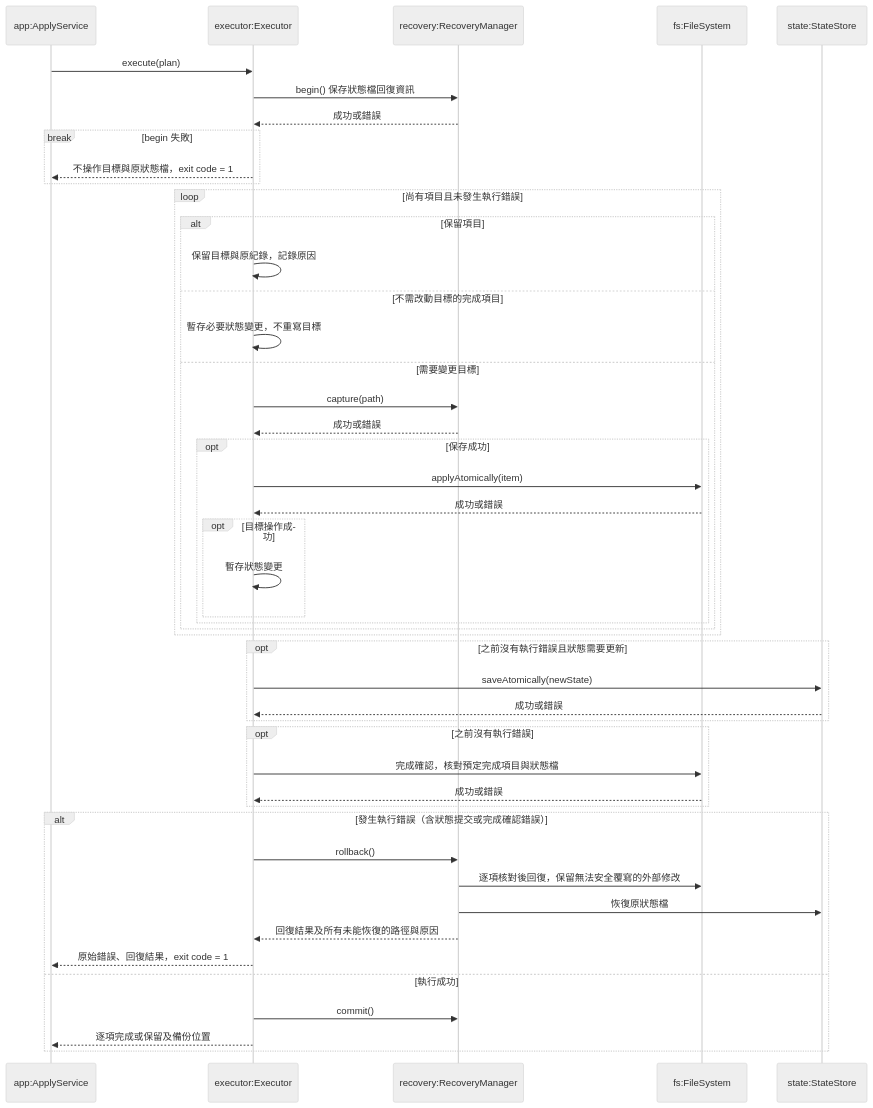
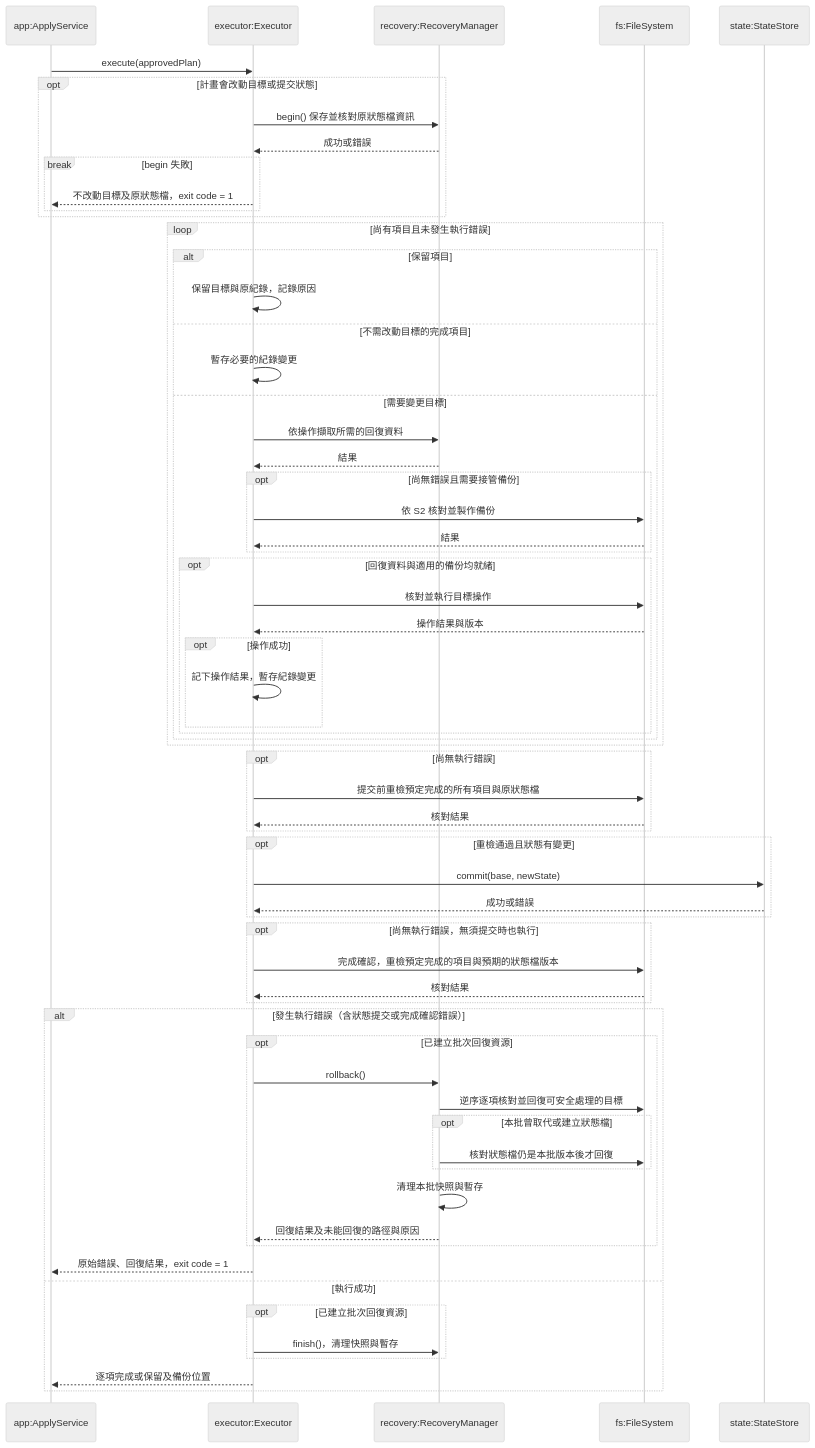
One commit to accidental-two-timer-sam-woof/rosamta-waterfall changed the ninth of 10 diagrams in docs/03-preliminary-design/uml.md. Above: the diagram before and after it, drawn with Mermaid (neutral theme). The commit also changed other lines of this file, not shown here.

Commit message:
docs(uml): align preliminary design flows

````diff
--- a/docs/03-preliminary-design/uml.md
+++ b/docs/03-preliminary-design/uml.md
@@ -594,49 +642,66 @@
 ```mermaid
 sequenceDiagram
     participant A as app:ApplyService
     participant E as executor:Executor
     participant R as recovery:RecoveryManager
     participant F as fs:FileSystem
     participant S as state:StateStore
-    A->>E: execute(plan)
-    E->>R: begin() 保存狀態檔回復資訊
-    R-->>E: 成功或錯誤
-    break begin 失敗
-        E-->>A: 不操作目標與原狀態檔，exit code = 1
+    A->>E: execute(approvedPlan)
+    opt 計畫會改動目標或提交狀態
+        E->>R: begin() 保存並核對原狀態檔資訊
+        R-->>E: 成功或錯誤
+        break begin 失敗
+            E-->>A: 不改動目標及原狀態檔，exit code = 1
+        end
     end
     loop 尚有項目且未發生執行錯誤
         alt 保留項目
             E->>E: 保留目標與原紀錄，記錄原因
         else 不需改動目標的完成項目
-            E->>E: 暫存必要狀態變更，不重寫目標
+            E->>E: 暫存必要的紀錄變更
         else 需要變更目標
-            E->>R: capture(path)
-            R-->>E: 成功或錯誤
-            opt 保存成功
-                E->>F: applyAtomically(item)
-                F-->>E: 成功或錯誤
-                opt 目標操作成功
-                    E->>E: 暫存狀態變更
+            E->>R: 依操作擷取所需的回復資料
+            R-->>E: 結果
+            opt 尚無錯誤且需要接管備份
+                E->>F: 依 S2 核對並製作備份
+                F-->>E: 結果
+            end
+            opt 回復資料與適用的備份均就緒
+                E->>F: 核對並執行目標操作
+                F-->>E: 操作結果與版本
+                opt 操作成功
+                    E->>E: 記下操作結果，暫存紀錄變更
                 end
             end
         end
     end
-    opt 之前沒有執行錯誤且狀態需要更新
-        E->>S: saveAtomically(newState)
+    opt 尚無執行錯誤
+        E->>F: 提交前重檢預定完成的所有項目與原狀態檔
+        F-->>E: 核對結果
+    end
+    opt 重檢通過且狀態有變更
+        E->>S: commit(base, newState)
         S-->>E: 成功或錯誤
     end
-    opt 之前沒有執行錯誤
-        E->>F: 完成確認，核對預定完成項目與狀態檔
-        F-->>E: 成功或錯誤
+    opt 尚無執行錯誤，無須提交時也執行
+        E->>F: 完成確認，重檢預定完成的項目與預期的狀態檔版本
+        F-->>E: 核對結果
     end
     alt 發生執行錯誤（含狀態提交或完成確認錯誤）
-        E->>R: rollback()
-        R->>F: 逐項核對後回復，保留無法安全覆寫的外部修改
-        R->>S: 恢復原狀態檔
-        R-->>E: 回復結果及所有未能恢復的路徑與原因
+        opt 已建立批次回復資源
+            E->>R: rollback()
+            R->>F: 逆序逐項核對並回復可安全處理的目標
+            opt 本批曾取代或建立狀態檔
+                R->>F: 核對狀態檔仍是本批版本後才回復
+            end
+            R->>R: 清理本批快照與暫存
+            R-->>E: 回復結果及未能回復的路徑與原因
+        end
         E-->>A: 原始錯誤、回復結果，exit code = 1
     else 執行成功
-        E->>R: commit()
+        opt 已建立批次回復資源
+            E->>R: finish()，清理快照與暫存
+        end
         E-->>A: 逐項完成或保留及備份位置
     end
 ```
````
